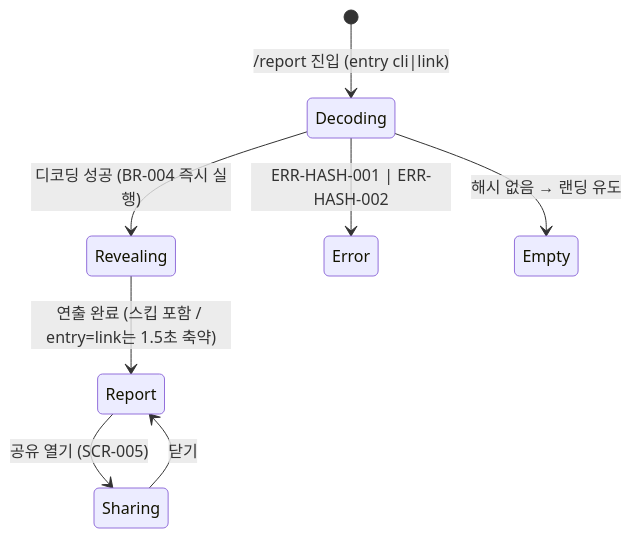
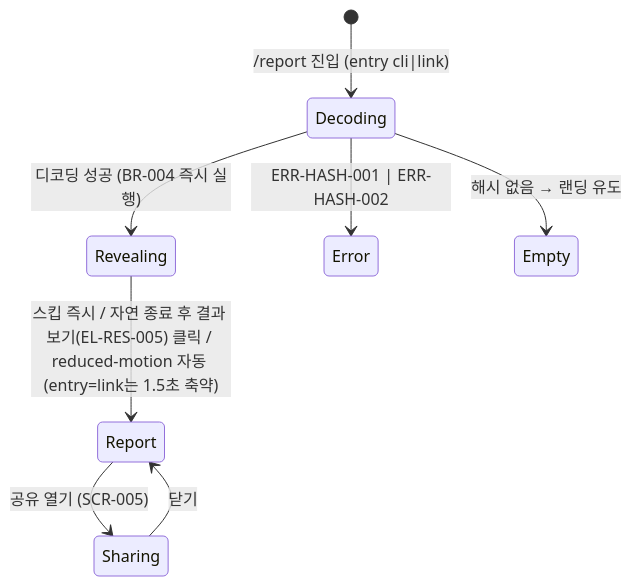
One commit to kjjyyy01/scored changed the diagram in docs/prd/08_도메인규칙_상태전이.md. Above: the diagram before and after it, drawn with Mermaid. The commit also changed 5 other files, not shown here.

````diff
--- a/docs/prd/08_도메인규칙_상태전이.md
+++ b/docs/prd/08_도메인규칙_상태전이.md
@@ -23,10 +23,10 @@
 ```mermaid
 stateDiagram-v2
     [*] --> Decoding: /report 진입 (entry cli|link)
     Decoding --> Revealing: 디코딩 성공 (BR-004 즉시 실행)
     Decoding --> Error: ERR-HASH-001 | ERR-HASH-002
     Decoding --> Empty: 해시 없음 → 랜딩 유도
-    Revealing --> Report: 연출 완료 (스킵 포함 / entry=link는 1.5초 축약)
+    Revealing --> Report: 스킵 즉시 / 자연 종료 후 결과 보기(EL-RES-005) 클릭 / reduced-motion 자동 (entry=link는 1.5초 축약)
     Report --> Sharing: 공유 열기 (SCR-005)
     Sharing --> Report: 닫기
 ```
````
